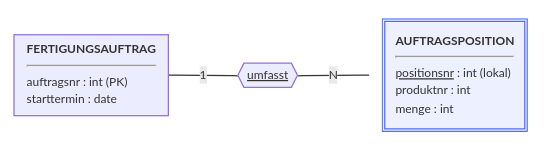
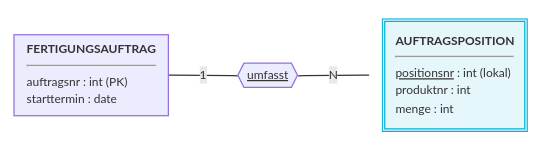
The first of 2 diagrams in docs/01-praxisphase/woche-03/woche-03.md (christoecker/Kurs_3019_Datenbanken), drawn with Mermaid before and after one commit. The commit also changed 5 other files, not shown here.

````diff
--- a/docs/01-praxisphase/woche-03/woche-03.md
+++ b/docs/01-praxisphase/woche-03/woche-03.md
@@ -104,10 +104,10 @@
     ```mermaid
     %%{init: {'flowchart': {'padding': 5}, 'themeVariables': {'fontSize': '0.6rem'}}}%%
     graph LR
     FERTIGUNGSAUFTRAG["<div style='text-align:left; font-size: 0.6rem;'><b>FERTIGUNGSAUFTRAG</b><hr/>auftragsnr : int (PK)<br/>starttermin : date</div>"]
-    AUFTRAGSPOSITION["<div style='text-align:left; font-size: 0.6rem; border: 3px double rgb(82, 108, 254); background: rgba(82, 108, 254, 0.1); padding: 8px;'><b>AUFTRAGSPOSITION</b><hr/><u>positionsnr</u> : int (lokal)<br/>produktnr : int<br/>menge : int</div>"]
+    AUFTRAGSPOSITION["<div style='text-align:left; font-size: 0.6rem; border: 3px double rgb(0, 180, 216); background: rgba(0, 180, 216, 0.1); padding: 8px;'><b>AUFTRAGSPOSITION</b><hr/><u>positionsnr</u> : int (lokal)<br/>produktnr : int<br/>menge : int</div>"]
     style AUFTRAGSPOSITION fill:transparent,stroke:none
     umfasst{{"<u>umfasst</u>"}}
     FERTIGUNGSAUFTRAG -- "1" --- umfasst
     umfasst -- "N" --- AUFTRAGSPOSITION
     ```
````
